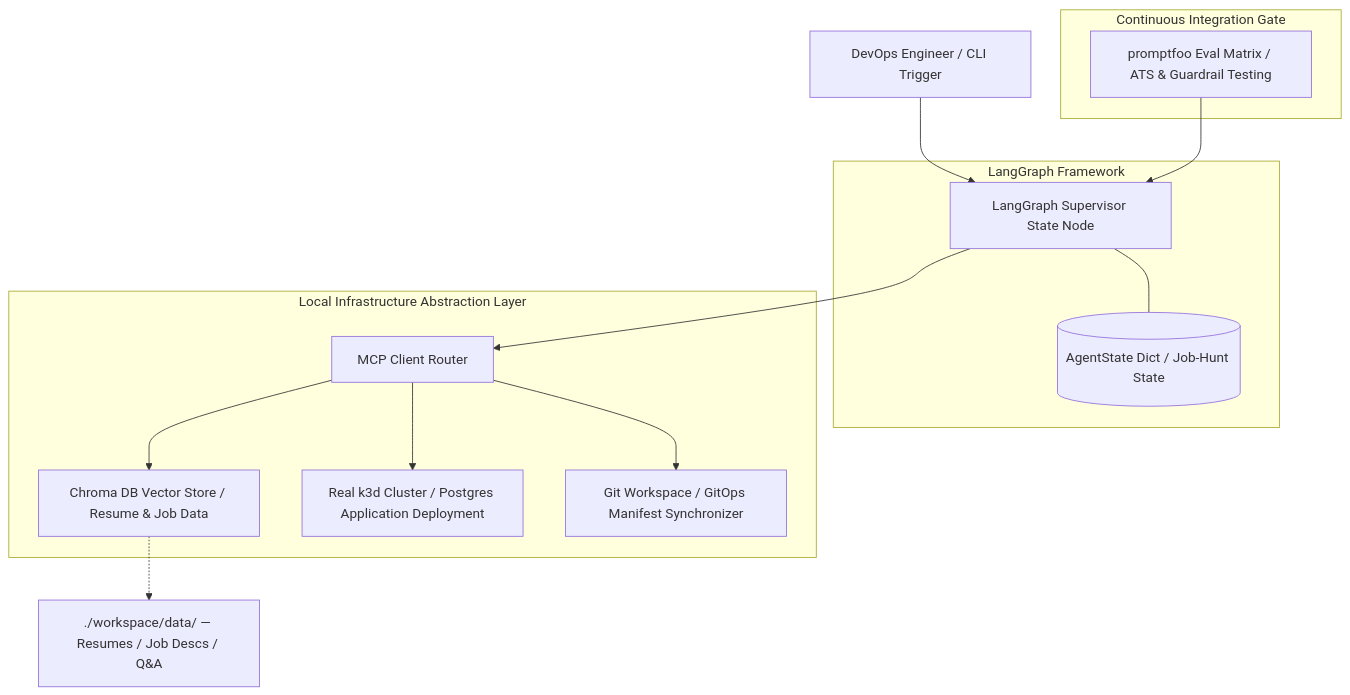
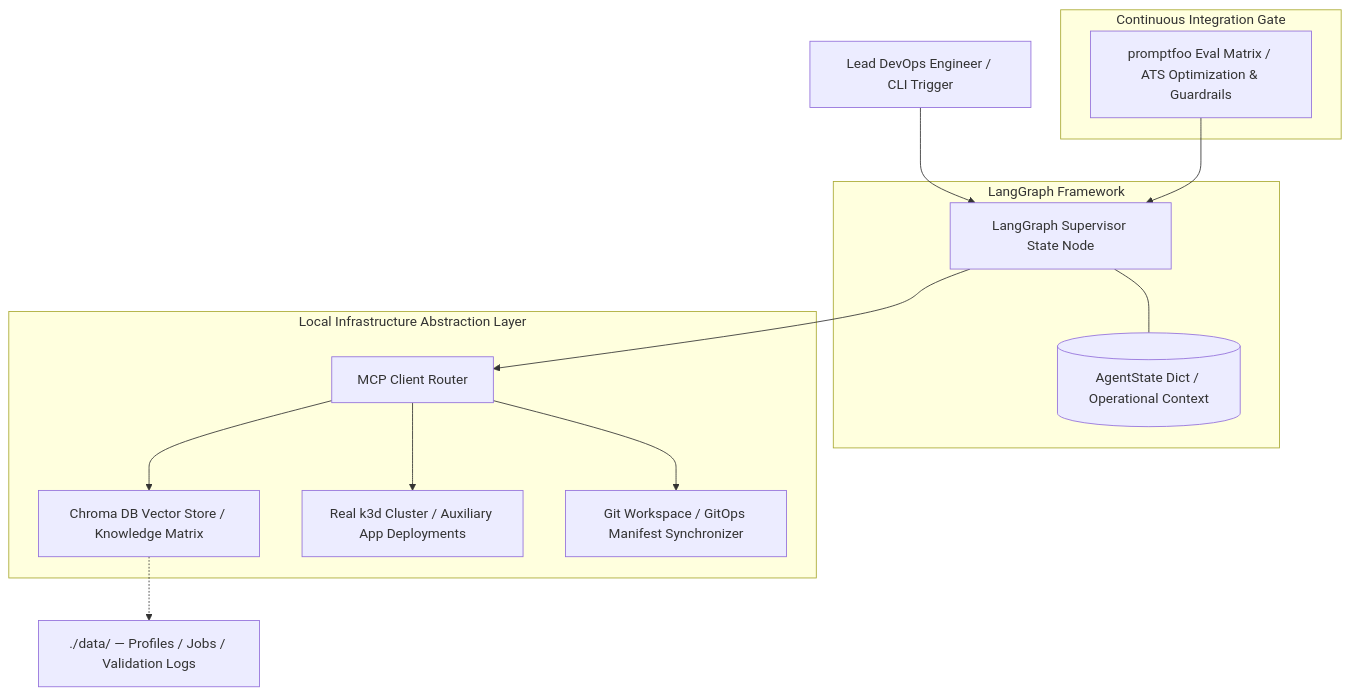
The diagram in README.md (rcarlson-devops/openops-agent), drawn with Mermaid before and after one commit. The commit also changed other lines of this file, not shown here.

````diff
--- a/README.md
+++ b/README.md
@@ -5,26 +5,26 @@
 ```mermaid
 graph TD
-    User[DevOps Engineer / CLI Trigger] --> Graph
+    User[Lead DevOps Engineer / CLI Trigger] --> Graph
 
     subgraph Orchestrator [LangGraph Framework]
         Graph[LangGraph Supervisor State Node] 
-        Memory[(AgentState Dict / Job-Hunt State)]
+        Memory[(AgentState Dict / Operational Context)]
         Graph --- Memory
     end
 
     Graph --> Router[MCP Client Router]
 
     subgraph Tooling [Local Infrastructure Abstraction Layer]
-        Router --> RAG[Chroma DB Vector Store / Resume & Job Data]
-        Router --> K8s[Real k3d Cluster / Postgres Application Deployment]
+        Router --> RAG[Chroma DB Vector Store / Knowledge Matrix]
+        Router --> K8s[Real k3d Cluster / Auxiliary App Deployments]
         Router --> Git[Git Workspace / GitOps Manifest Synchronizer]
     end
 
-    RAG -.-> Markdown[./workspace/data/ — Resumes / Job Descs / Q&A]
+    RAG -.-> Markdown[./data/ — Profiles / Jobs / Validation Logs]
 
     subgraph Validation [Continuous Integration Gate]
-        CI[promptfoo Eval Matrix / ATS & Guardrail Testing]
+        CI[promptfoo Eval Matrix / ATS Optimization & Guardrails]
     end
     
     CI --> Graph
 ```
````
